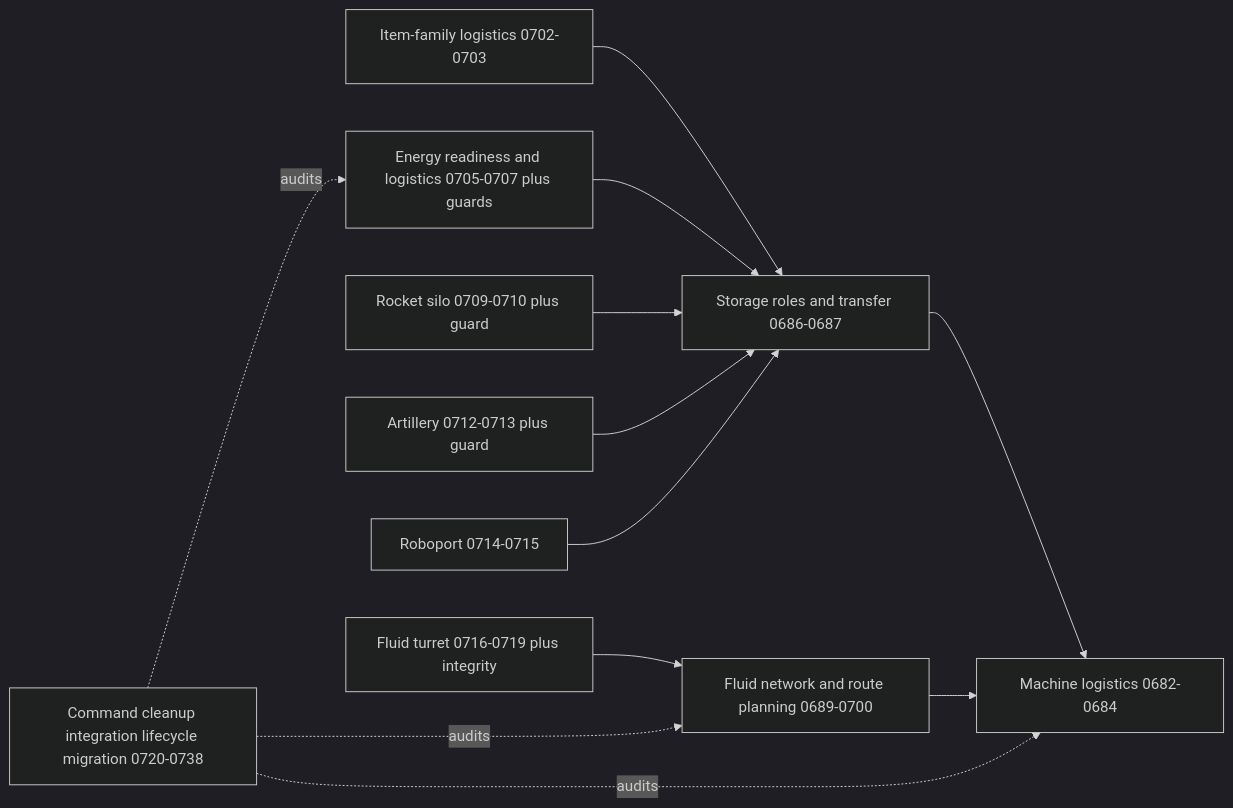
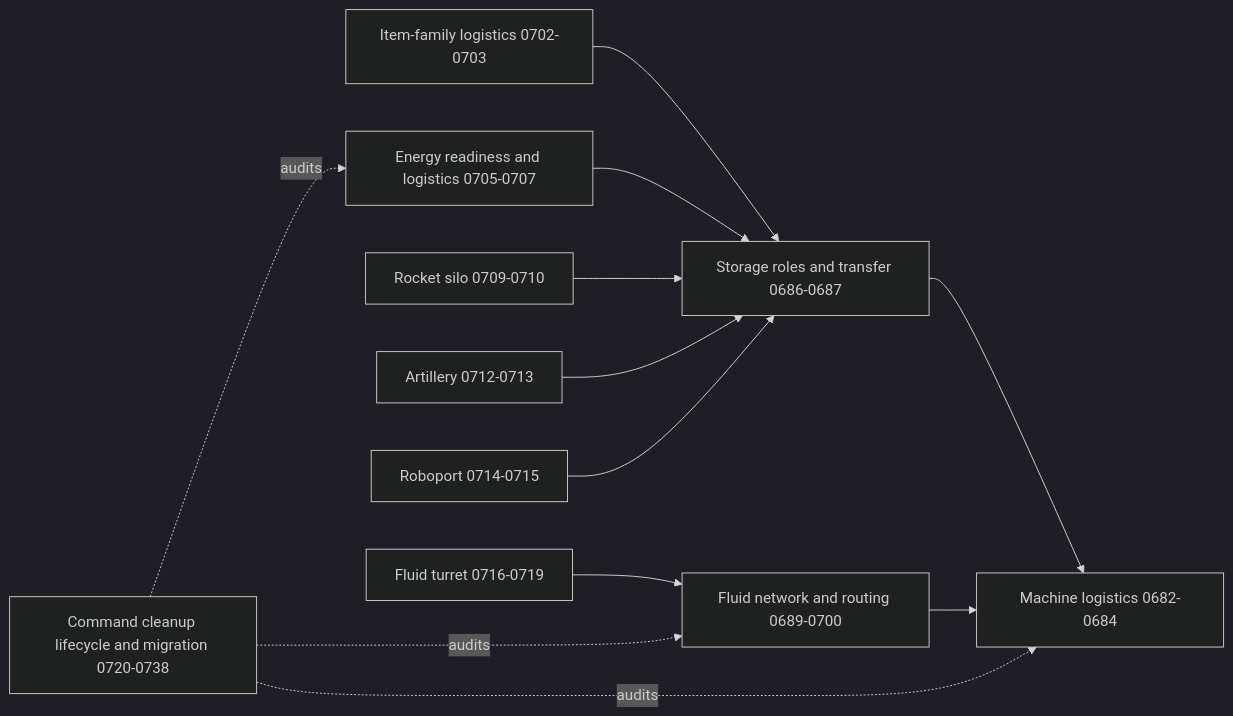
Diagram 12 of 15 in docs/RECOVERY_AUTHORITY_MAP_CURRENT.md (mrcalzon02/Tech-Priests), drawn with Mermaid (dark theme) before and after one commit. The commit also changed other lines of this file, not shown here.

````diff
--- a/docs/RECOVERY_AUTHORITY_MAP_CURRENT.md
+++ b/docs/RECOVERY_AUTHORITY_MAP_CURRENT.md
@@ -297,25 +318,25 @@
 ```mermaid
 flowchart LR
     Machine[Machine logistics 0682-0684]
     Storage[Storage roles and transfer 0686-0687]
-    Fluid[Fluid network and route planning 0689-0700]
+    Fluid[Fluid network and routing 0689-0700]
     Item[Item-family logistics 0702-0703]
-    Energy[Energy readiness and logistics 0705-0707 plus guards]
-    Silo[Rocket silo 0709-0710 plus guard]
-    Artillery[Artillery 0712-0713 plus guard]
+    Energy[Energy readiness and logistics 0705-0707]
+    Silo[Rocket silo 0709-0710]
+    Artillery[Artillery 0712-0713]
     Roboport[Roboport 0714-0715]
-    Turret[Fluid turret 0716-0719 plus integrity]
-    Lifecycle[Command cleanup integration lifecycle migration 0720-0738]
+    Turret[Fluid turret 0716-0719]
+    Lifecycle[Command cleanup lifecycle and migration 0720-0738]
 
     Storage --> Machine
     Fluid --> Machine
     Item --> Storage
     Energy --> Storage
     Silo --> Storage
     Artillery --> Storage
     Roboport --> Storage
     Turret --> Fluid
     Lifecycle -. audits .-> Machine
     Lifecycle -. audits .-> Fluid
     Lifecycle -. audits .-> Energy
 ```
````
